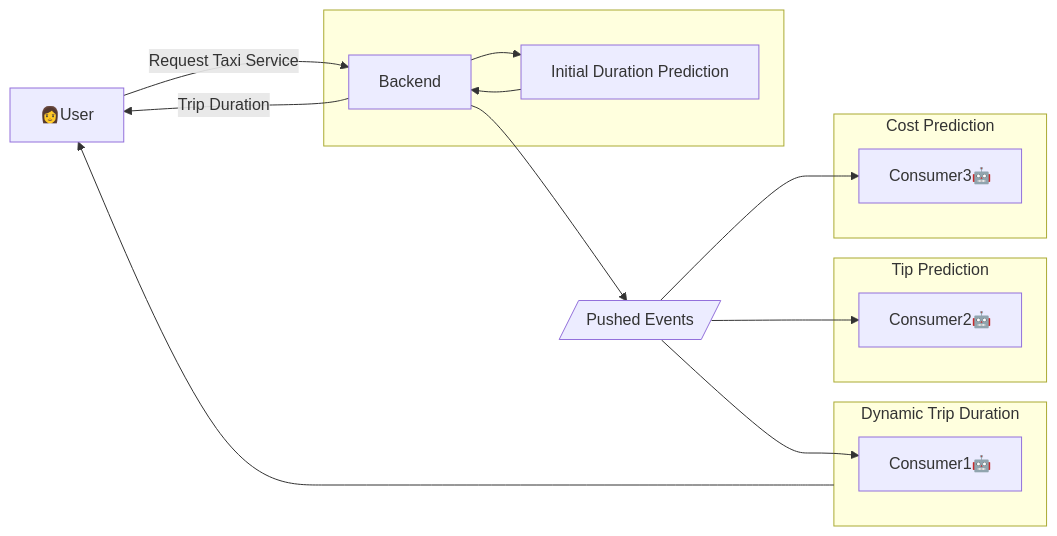
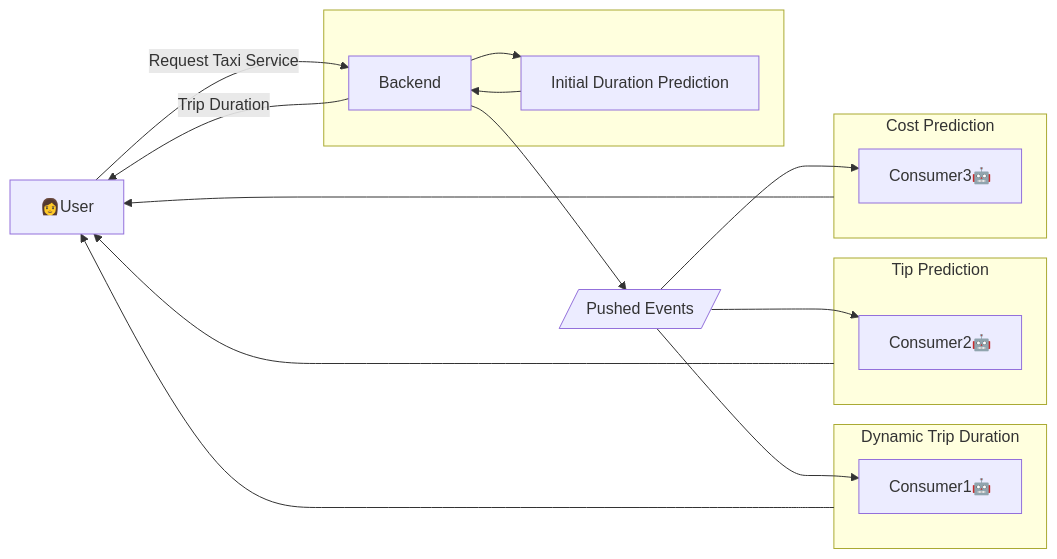
The fifth of 5 diagrams in week04/README.md (mossdet/mlops-dlp), drawn with Mermaid before and after one commit.

````diff
--- a/week04/README.md
+++ b/week04/README.md
@@ -72,24 +72,26 @@
 ```mermaid
 graph LR
     User[👩User]--> |Request Taxi Service| Backend[Backend]
     Backend--> |Trip Duration| User
     Backend--> Events[/Pushed Events/]
     Events --> Consumer1[Consumer1🤖] & Consumer2[Consumer2🤖] & Consumer3[Consumer3🤖]
 
     subgraph noteBackend [" "]
         Backend--> note["Initial Duration Prediction"]--> Backend
     end
 
     subgraph noteConsumer1 ["Dynamic Trip Duration"]
         Consumer1
     end
     subgraph noteConsumer2 ["Tip Prediction"]
         Consumer2
     end
     subgraph noteConsumer3 ["Cost Prediction"]
         Consumer3
     end
 
     noteConsumer1-->User
+    noteConsumer2-->User
+    noteConsumer3-->User
 
 ```
````
